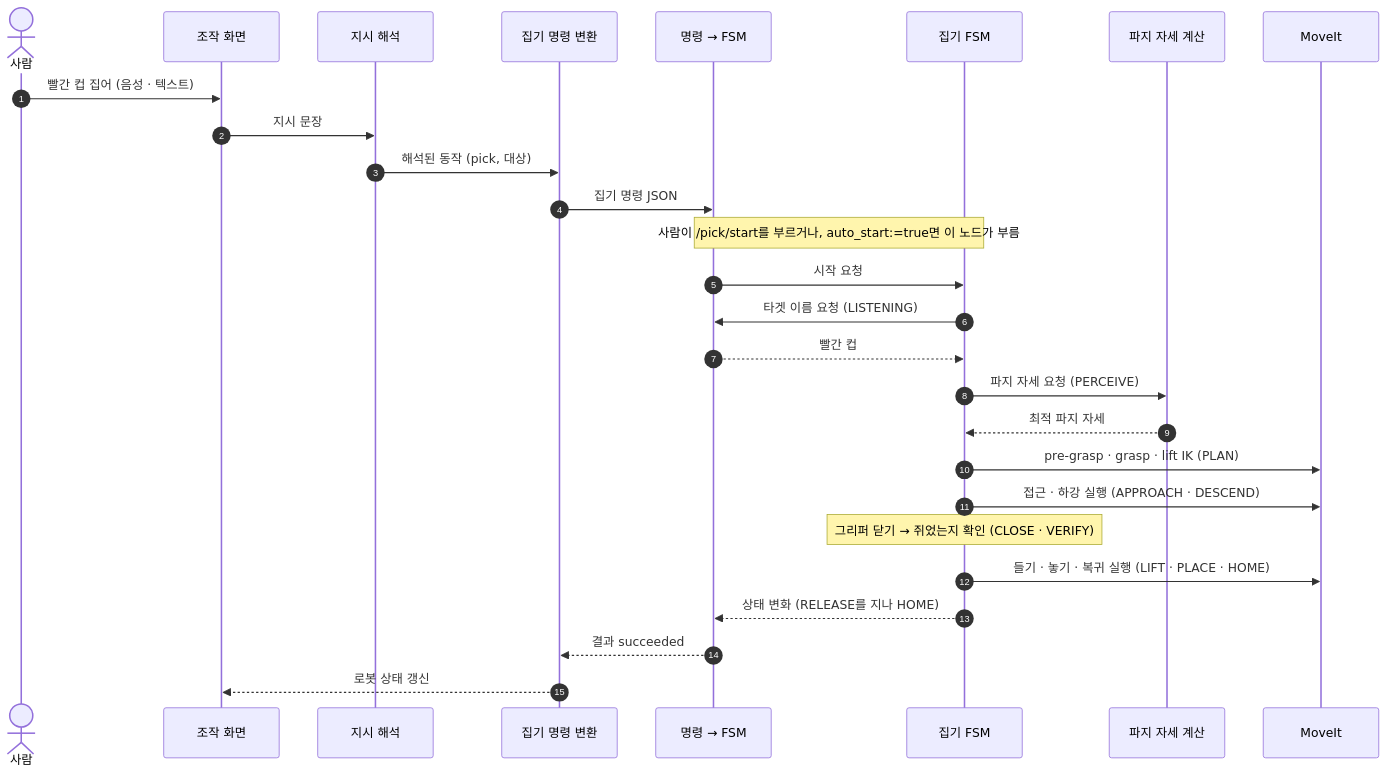
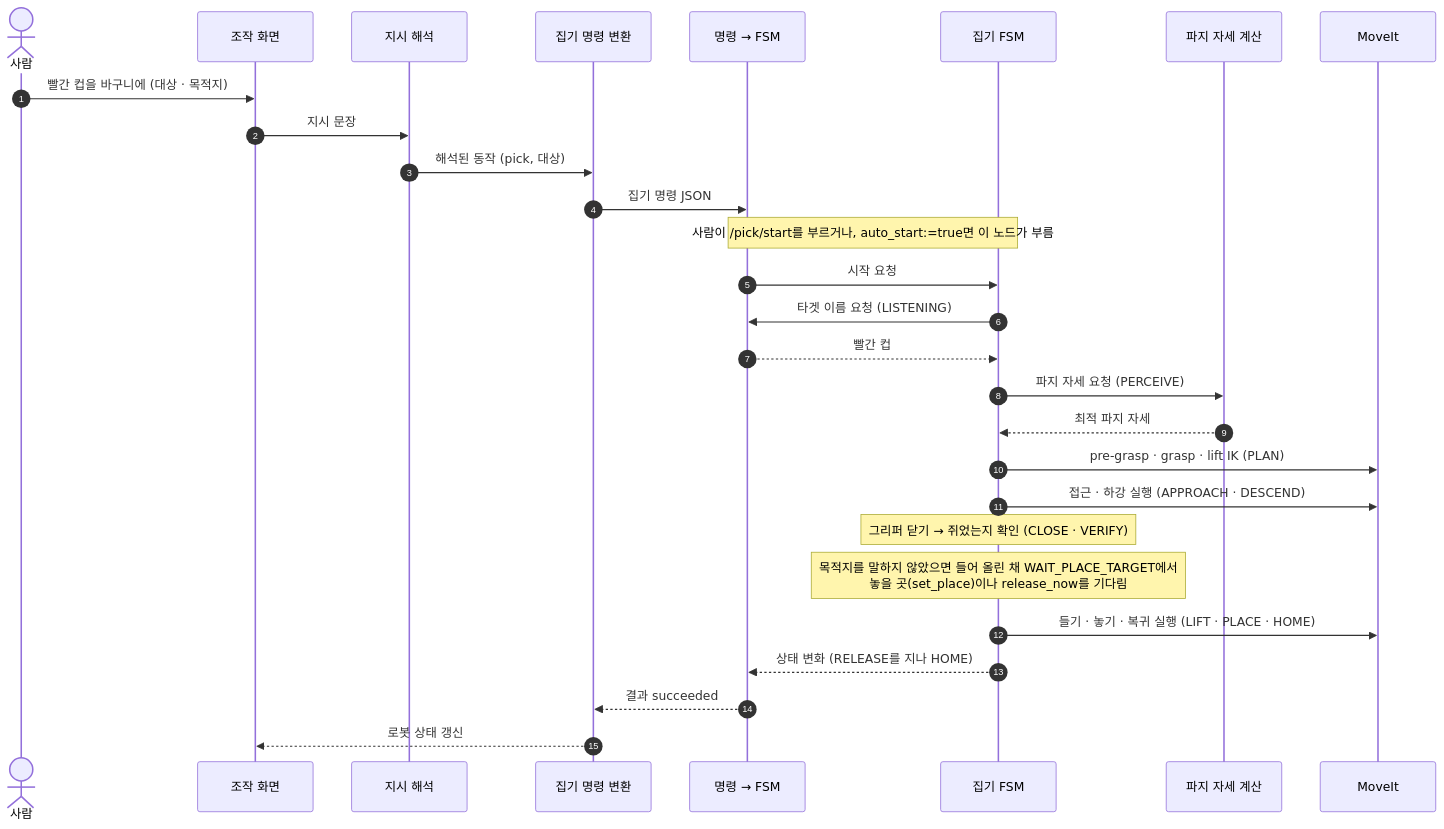
The second of 3 diagrams in README.md (gwanhuiGIM/Rokey_cobot2), drawn with Mermaid before and after one commit. The commit also changed other lines of this file, not shown here.

````diff
--- a/README.md
+++ b/README.md
@@ -193,29 +193,30 @@
 ```mermaid
 sequenceDiagram
     autonumber
     actor U as 사람
     participant GUI as 조작 화면
     participant AG as 지시 해석
     participant BR as 집기 명령 변환
     participant CMD as 명령 → FSM
     participant TM as 집기 FSM
     participant GG as 파지 자세 계산
     participant MG as MoveIt
-    U->>GUI: 빨간 컵 집어 (음성 · 텍스트)
+    U->>GUI: 빨간 컵을 바구니에 (대상 · 목적지)
     GUI->>AG: 지시 문장
     AG->>BR: 해석된 동작 (pick, 대상)
     BR->>CMD: 집기 명령 JSON
     Note over CMD,TM: 사람이 /pick/start를 부르거나, auto_start:=true면 이 노드가 부름
     CMD->>TM: 시작 요청
     TM->>CMD: 타겟 이름 요청 (LISTENING)
     CMD-->>TM: 빨간 컵
     TM->>GG: 파지 자세 요청 (PERCEIVE)
     GG-->>TM: 최적 파지 자세
     TM->>MG: pre-grasp · grasp · lift IK (PLAN)
     TM->>MG: 접근 · 하강 실행 (APPROACH · DESCEND)
     Note over TM: 그리퍼 닫기 → 쥐었는지 확인 (CLOSE · VERIFY)
+    Note over TM: 목적지를 말하지 않았으면 들어 올린 채 WAIT_PLACE_TARGET에서<br/>놓을 곳(set_place)이나 release_now를 기다림
     TM->>MG: 들기 · 놓기 · 복귀 실행 (LIFT · PLACE · HOME)
     TM-->>CMD: 상태 변화 (RELEASE를 지나 HOME)
     CMD-->>BR: 결과 succeeded
     BR-->>GUI: 로봇 상태 갱신
 ```
````
